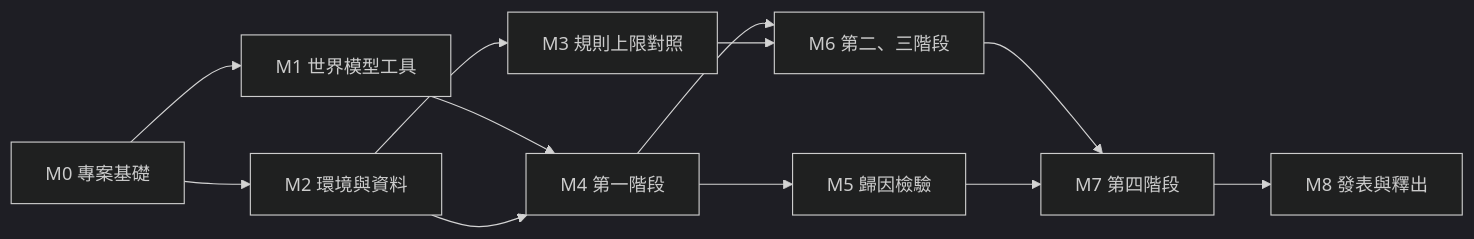
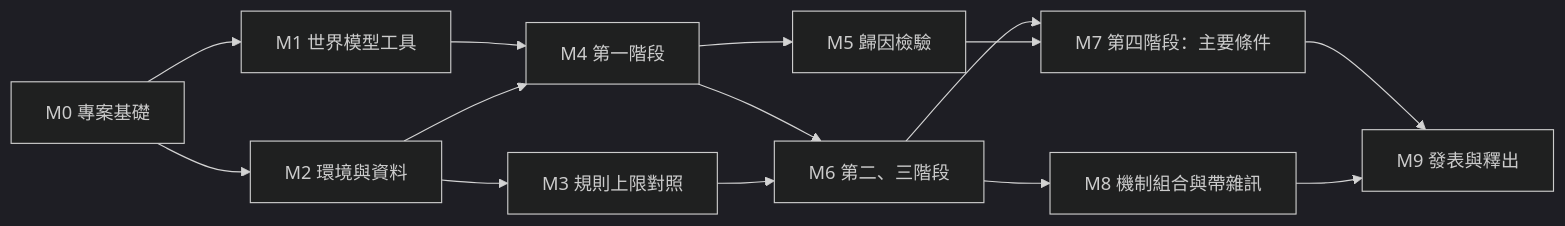
Before and after one commit to kevinju0827/concept-rule-attribution: the diagram in docs/plan/roadmap.md, drawn with Mermaid (dark theme). The commit also changed other lines of this file and 14 other files, not shown here.

````diff
--- a/docs/plan/roadmap.md
+++ b/docs/plan/roadmap.md
@@ -25,14 +26,16 @@
 ```mermaid
 flowchart LR
     M0["M0 專案基礎"] --> M1["M1 世界模型工具"]
     M0 --> M2["M2 環境與資料"]
     M2 --> M3["M3 規則上限對照"]
     M1 --> M4["M4 第一階段"]
     M2 --> M4
     M4 --> M5["M5 歸因檢驗"]
     M4 --> M6["M6 第二、三階段"]
     M3 --> M6
-    M6 --> M7["M7 第四階段"]
+    M6 --> M7["M7 第四階段：主要條件"]
     M5 --> M7
-    M7 --> M8["M8 發表與釋出"]
+    M6 --> M8["M8 機制組合與帶雜訊"]
+    M7 --> M9["M9 發表與釋出"]
+    M8 --> M9
 ```
````
